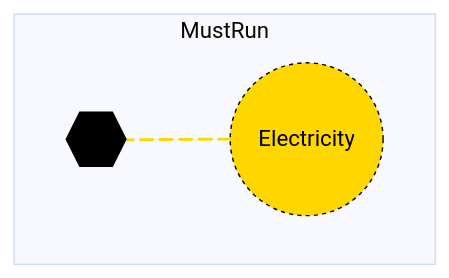
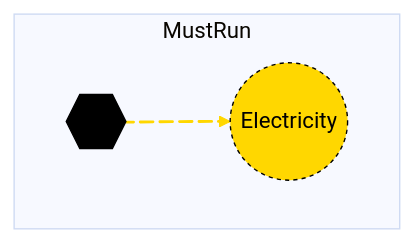
One commit to openmod-tracker/MacroEnergy.jl changed the diagram in docs/src/Manual/assets/mustrun.md. Above: the diagram before and after it, drawn with Mermaid. The commit also changed 12 other files, not shown here.

Commit message:
Fix Mermaid diagram rendering issues in asset library

````diff
--- a/docs/src/Manual/assets/mustrun.md
+++ b/docs/src/Manual/assets/mustrun.md
@@ -20,13 +20,13 @@
 ```mermaid
 %%{init: {'theme': 'base', 'themeVariables': { 'background': '#D1EBDE' }}}%%
 flowchart LR
   subgraph MustRun
   direction LR
   A{{..}} e1@--> B((Electricity))
   e1@{ animate: true }
  end
-    style A r:55px,fill:black,stroke:black,color:black;
-    style B r:55px,fill:#FFD700,stroke:black,color:black,stroke-dasharray: 3,5;
+    style A fill:black,stroke:black,color:black;
+    style B fill:#FFD700,stroke:black,color:black,stroke-dasharray: 3,5;
     
     linkStyle 0 stroke:#FFD700, stroke-width: 2px, stroke-dasharray: 5 5;
 ```
````
